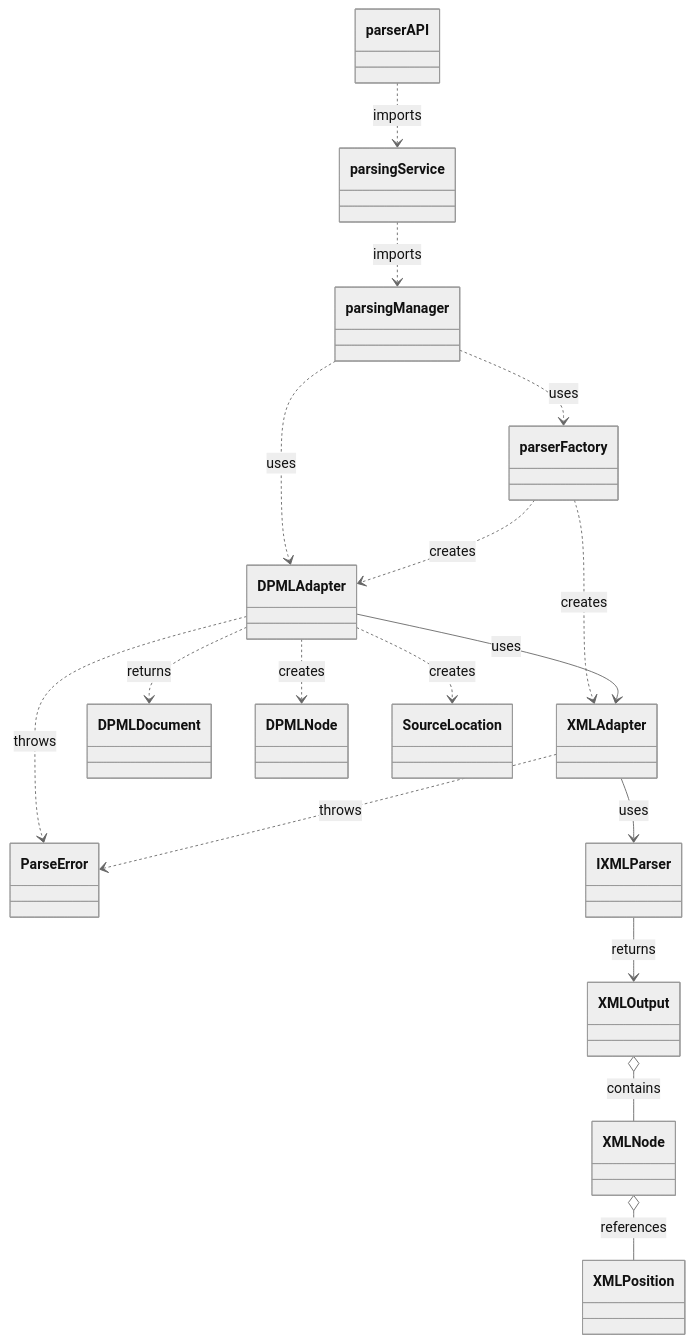
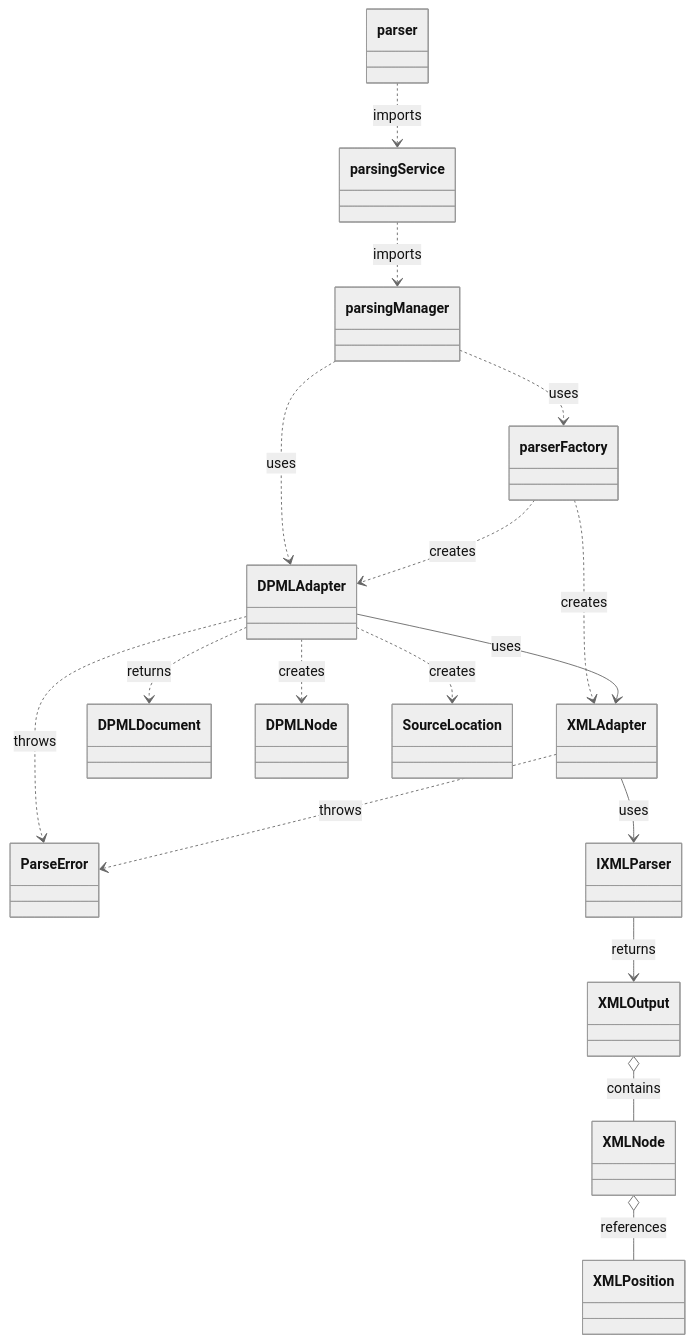
The sixth of 9 diagrams in packages/core/docs/product/Parsing-Design.md (Deepractice/DPML), drawn with Mermaid (neutral theme) before and after one commit. The commit also changed other lines of this file and 10 other files, not shown here.

Commit message:
更新DPML解析模块文档，增加数据类型设计部分，明确对外暴露和内部实现类型的定义，优化UML类图，确保文档结构清晰，符合架构设计原则。

````diff
--- a/packages/core/docs/product/Parsing-Design.md
+++ b/packages/core/docs/product/Parsing-Design.md
@@ -269,20 +276,20 @@
 ```mermaid
 classDiagram
     %% 依赖关系
-    parserAPI ..> parsingService : imports
+    parser ..> parsingService : imports
     parsingService ..> parsingManager : imports
     parsingManager ..> parserFactory : uses
     parsingManager ..> DPMLAdapter : uses
     parserFactory ..> DPMLAdapter : creates
     parserFactory ..> XMLAdapter : creates
     DPMLAdapter --> XMLAdapter : uses
     DPMLAdapter ..> DPMLDocument : returns
     DPMLAdapter ..> DPMLNode : creates
     DPMLAdapter ..> SourceLocation : creates
     DPMLAdapter ..> ParseError : throws
     XMLAdapter ..> ParseError : throws
     XMLAdapter --> IXMLParser : uses
     IXMLParser --> XMLOutput : returns
     XMLOutput o-- XMLNode : contains
     XMLNode o-- XMLPosition : references
 ```
````
